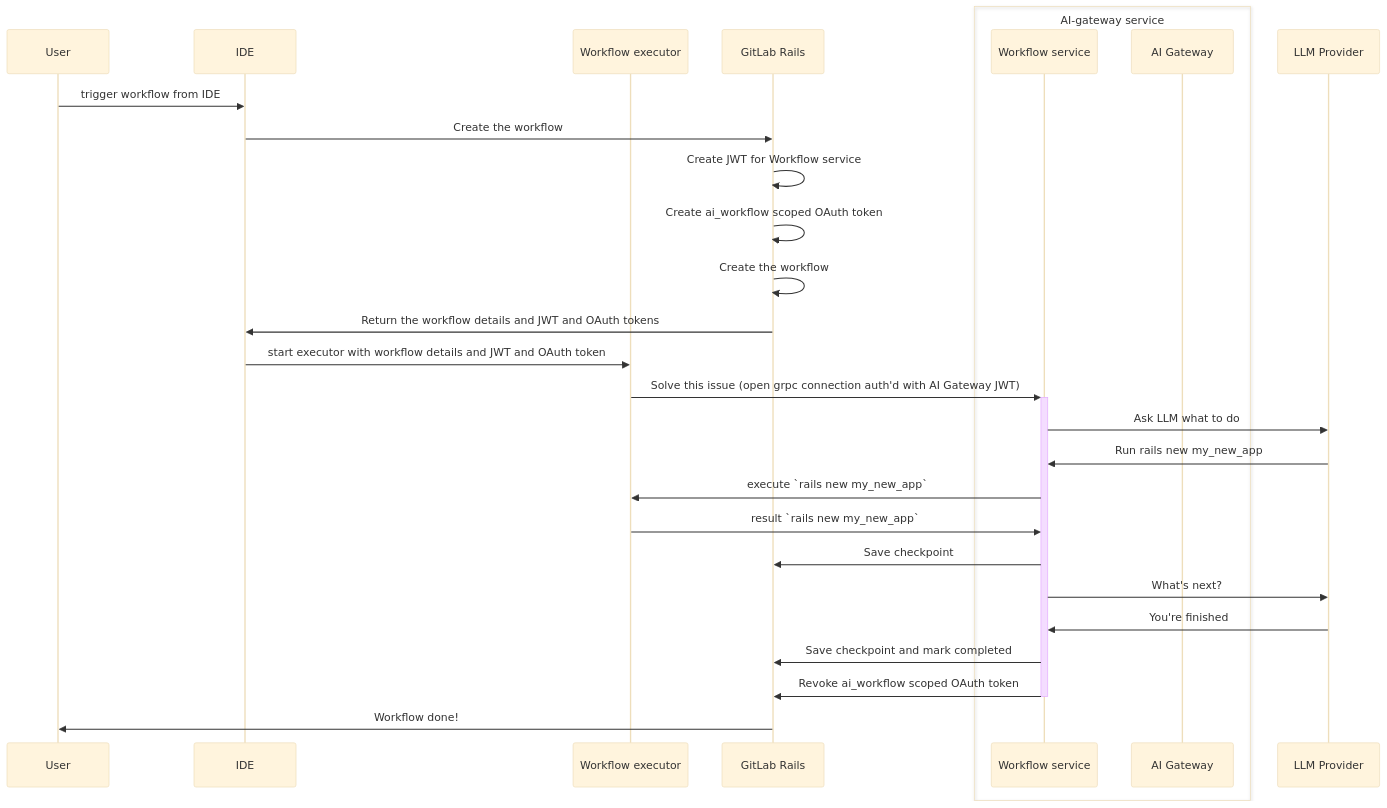
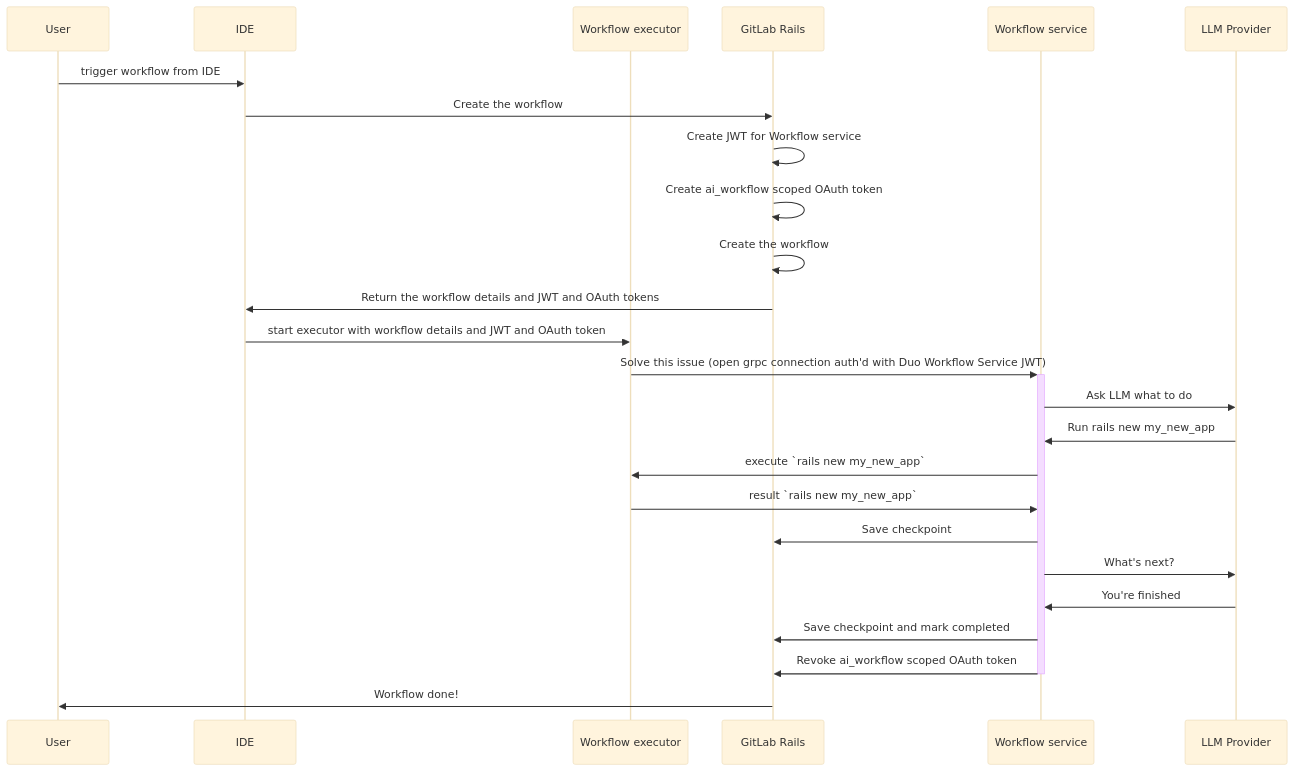
The first of 5 diagrams in content/handbook/engineering/architecture/design-documents/duo_workflow/_index.md (zalyoung/gitlab-handbook), drawn with Mermaid (base theme) before and after one commit. The commit also changed other lines of this file, not shown here.

First line of the commit message:
Initial cleanup of Duo Workflow architecture doc

````diff
--- a/content/handbook/engineering/architecture/design-documents/duo_workflow/_index.md
+++ b/content/handbook/engineering/architecture/design-documents/duo_workflow/_index.md
@@ -126,31 +121,28 @@
 ```mermaid
 sequenceDiagram
    participant user as User
    participant ide as IDE
    participant executor as Workflow executor
    participant gitlab_rails as GitLab Rails
-   box AI-gateway service
-     participant duo_workflow_service as Workflow service
-     participant ai_gateway as AI Gateway
-   end
+   participant duo_workflow_service as Workflow service
    participant llm_provider as LLM Provider
    user->>ide: trigger workflow from IDE
    ide->>gitlab_rails: Create the workflow
    gitlab_rails->>gitlab_rails: Create JWT for Workflow service
    gitlab_rails->>gitlab_rails: Create ai_workflow scoped OAuth token
    gitlab_rails->>gitlab_rails: Create the workflow
    gitlab_rails->>ide: Return the workflow details and JWT and OAuth tokens
    ide->>executor: start executor with workflow details and JWT and OAuth token
-   executor->>+duo_workflow_service: Solve this issue (open grpc connection auth'd with AI Gateway JWT)
+   executor->>+duo_workflow_service: Solve this issue (open grpc connection auth'd with Duo Workflow Service JWT)
    duo_workflow_service->>llm_provider: Ask LLM what to do
    llm_provider->>duo_workflow_service: Run rails new my_new_app
    duo_workflow_service->>executor: execute `rails new my_new_app`
    executor->>duo_workflow_service: result `rails new my_new_app`
    duo_workflow_service->>gitlab_rails: Save checkpoint
    duo_workflow_service->>llm_provider: What's next?
    llm_provider->>duo_workflow_service: You're finished
    duo_workflow_service->>gitlab_rails: Save checkpoint and mark completed
    duo_workflow_service->>gitlab_rails: Revoke ai_workflow scoped OAuth token
    deactivate duo_workflow_service
    gitlab_rails->>user: Workflow done!
 ```
````
